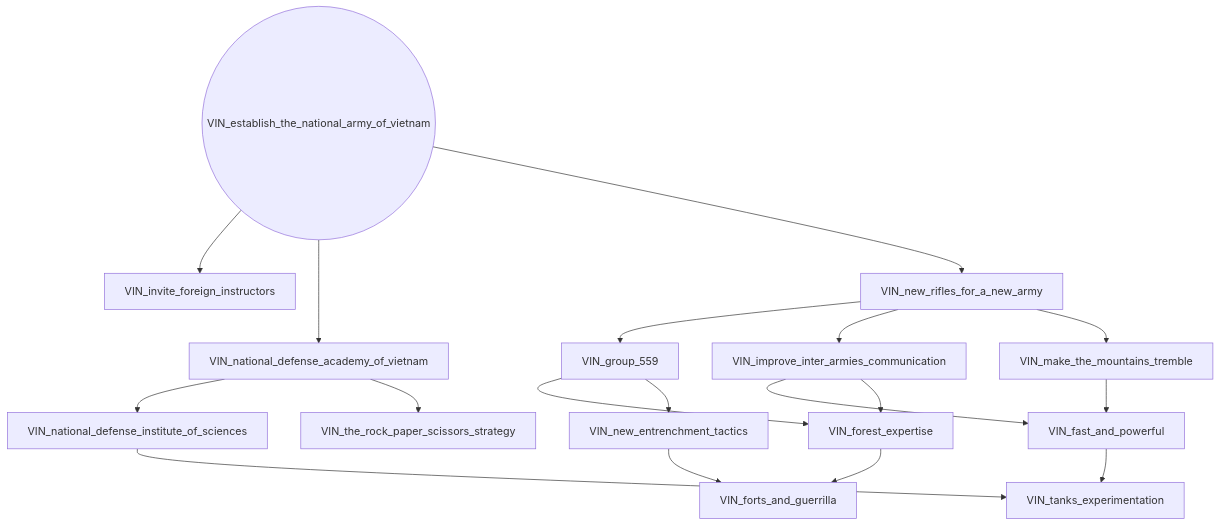
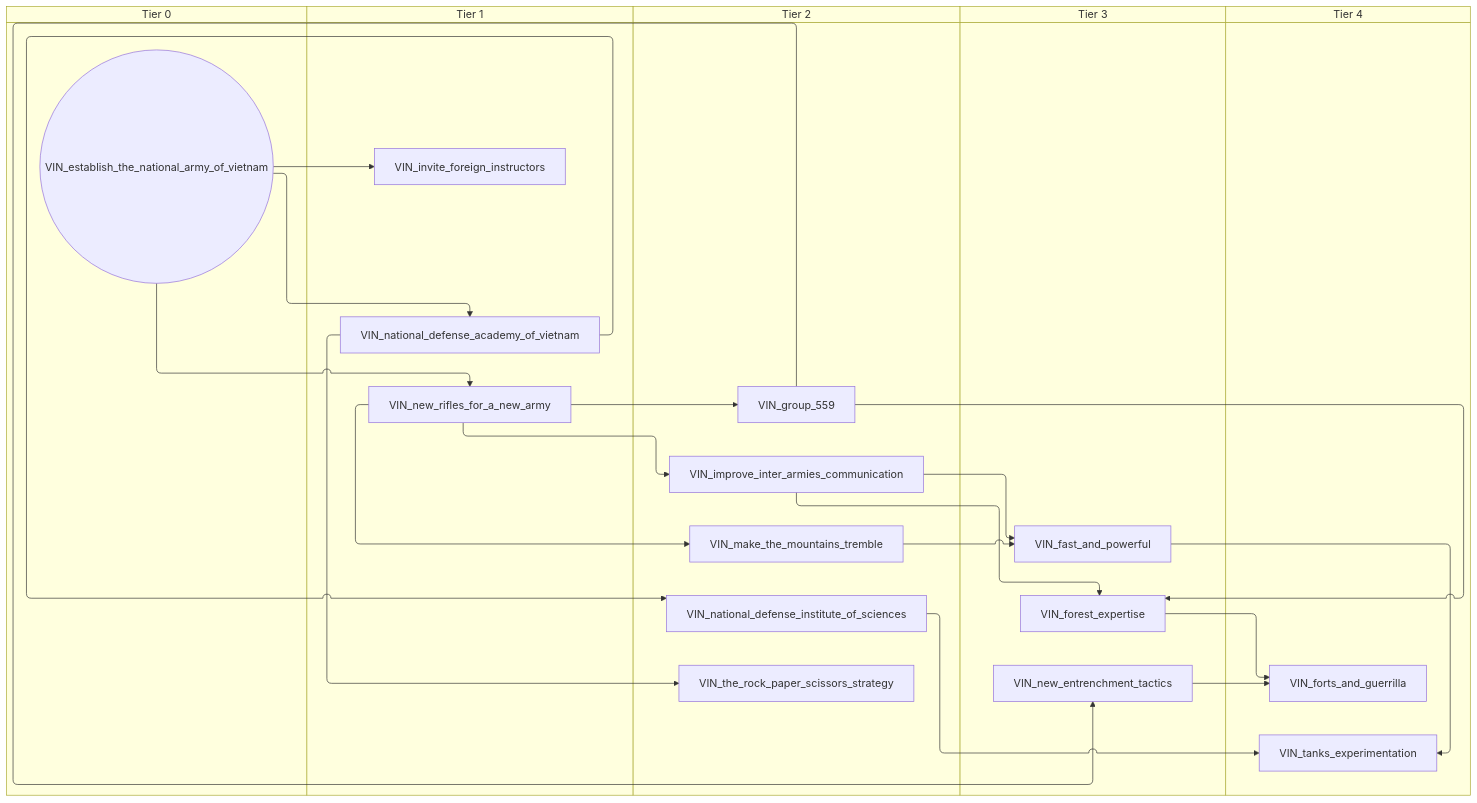
Before and after one commit to evgeny-sobol/hoi4-sandbox-mode-r56: the third of 8 diagrams in docs/gdd/National Focuses/Vietnam.md, drawn with Mermaid. The commit also changed other lines of this file and 423 other files, not shown here.

First line of the commit message:
Re-export Rt56 focus trees as swimlane diagrams

````diff
--- a/docs/gdd/National Focuses/Vietnam.md
+++ b/docs/gdd/National Focuses/Vietnam.md
@@ -80,34 +104,44 @@
 ```mermaid
-flowchart TD
-    n28(("VIN_establish_the_national_army_of_vietnam"))
-    n29["VIN_fast_and_powerful"]
-    n30["VIN_forest_expertise"]
-    n31["VIN_forts_and_guerrilla"]
-    n32["VIN_group_559"]
-    n33["VIN_improve_inter_armies_communication"]
-    n34["VIN_invite_foreign_instructors"]
-    n35["VIN_make_the_mountains_tremble"]
-    n36["VIN_national_defense_academy_of_vietnam"]
-    n37["VIN_national_defense_institute_of_sciences"]
-    n38["VIN_new_entrenchment_tactics"]
-    n39["VIN_new_rifles_for_a_new_army"]
-    n40["VIN_tanks_experimentation"]
-    n41["VIN_the_rock_paper_scissors_strategy"]
-    n33 --> n29
-    n35 --> n29
-    n32 --> n30
-    n33 --> n30
-    n38 --> n31
-    n30 --> n31
-    n39 --> n32
-    n39 --> n33
-    n28 --> n34
-    n39 --> n35
-    n28 --> n36
-    n36 --> n37
+swimlane-beta TD
+    subgraph tier_0["Tier 0"]
+        n28(("VIN_establish_the_national_army_of_vietnam"))
+    end
+    subgraph tier_1["Tier 1"]
+        n29["VIN_invite_foreign_instructors"]
+        n30["VIN_national_defense_academy_of_vietnam"]
+        n31["VIN_new_rifles_for_a_new_army"]
+    end
+    subgraph tier_2["Tier 2"]
+        n32["VIN_group_559"]
+        n33["VIN_improve_inter_armies_communication"]
+        n34["VIN_make_the_mountains_tremble"]
+        n35["VIN_national_defense_institute_of_sciences"]
+        n36["VIN_the_rock_paper_scissors_strategy"]
+    end
+    subgraph tier_3["Tier 3"]
+        n37["VIN_fast_and_powerful"]
+        n38["VIN_forest_expertise"]
+        n39["VIN_new_entrenchment_tactics"]
+    end
+    subgraph tier_4["Tier 4"]
+        n40["VIN_forts_and_guerrilla"]
+        n41["VIN_tanks_experimentation"]
+    end
+    n33 --> n37
+    n34 --> n37
     n32 --> n38
-    n28 --> n39
-    n29 --> n40
-    n37 --> n40
-    n36 --> n41
+    n33 --> n38
+    n39 --> n40
+    n38 --> n40
+    n31 --> n32
+    n31 --> n33
+    n28 --> n29
+    n31 --> n34
+    n28 --> n30
+    n30 --> n35
+    n32 --> n39
+    n28 --> n31
+    n37 --> n41
+    n35 --> n41
+    n30 --> n36
 ```
````
